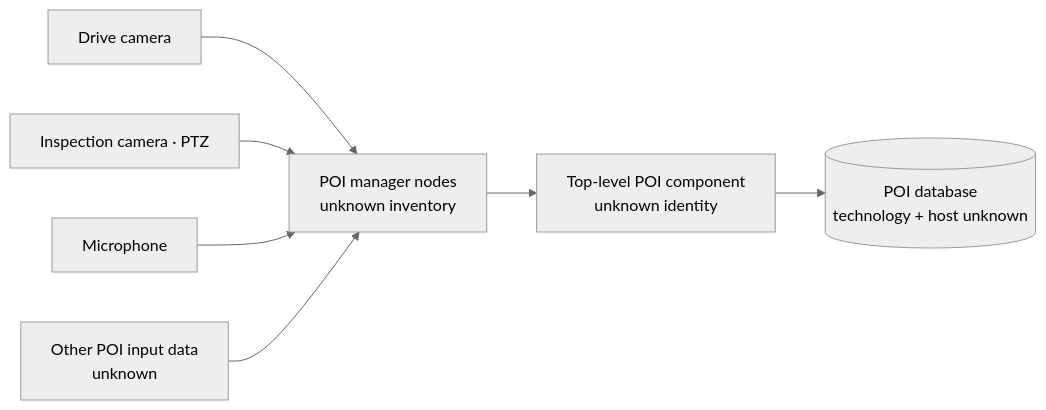
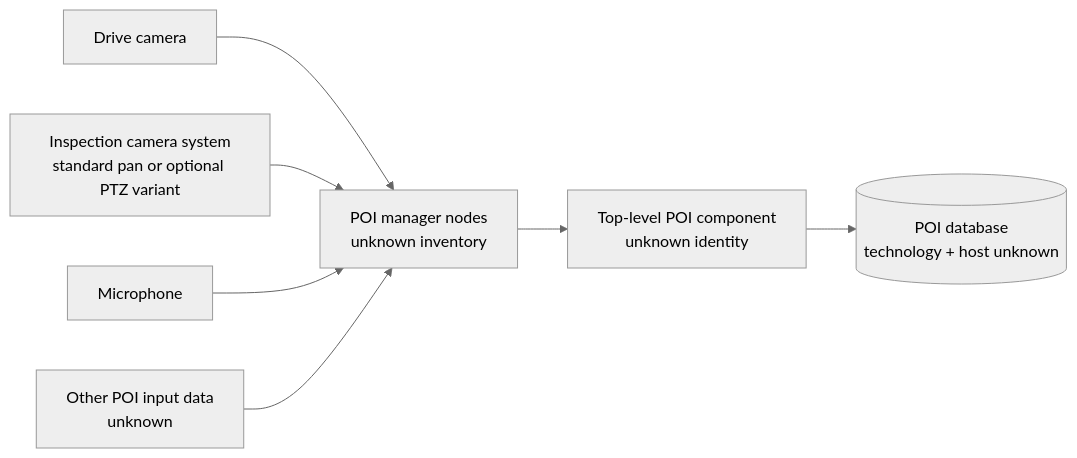
Before and after one commit to JuerdMispelblomBeyer/exr-ui-study: the fourth of 4 diagrams in docs/PLATFORM_SYSTEM_MODEL.md, drawn with Mermaid (neutral theme). The commit also changed other lines of this file and 161 other files, not shown here.

````diff
--- a/docs/PLATFORM_SYSTEM_MODEL.md
+++ b/docs/PLATFORM_SYSTEM_MODEL.md
@@ -254,17 +305,17 @@
 ```mermaid
 flowchart LR
     DC[Drive camera]
-    IC[Inspection camera · PTZ]
+    IC[Inspection camera system\nstandard pan or optional PTZ variant]
     MIC[Microphone]
     DATA[Other POI input data\nunknown]
     MAN[POI manager nodes\nunknown inventory]
     TOP[Top-level POI component\nunknown identity]
     DB[(POI database\ntechnology + host unknown)]
 
     DC --> MAN
     IC --> MAN
     MIC --> MAN
     DATA --> MAN
     MAN --> TOP
     TOP --> DB
 ```
````
